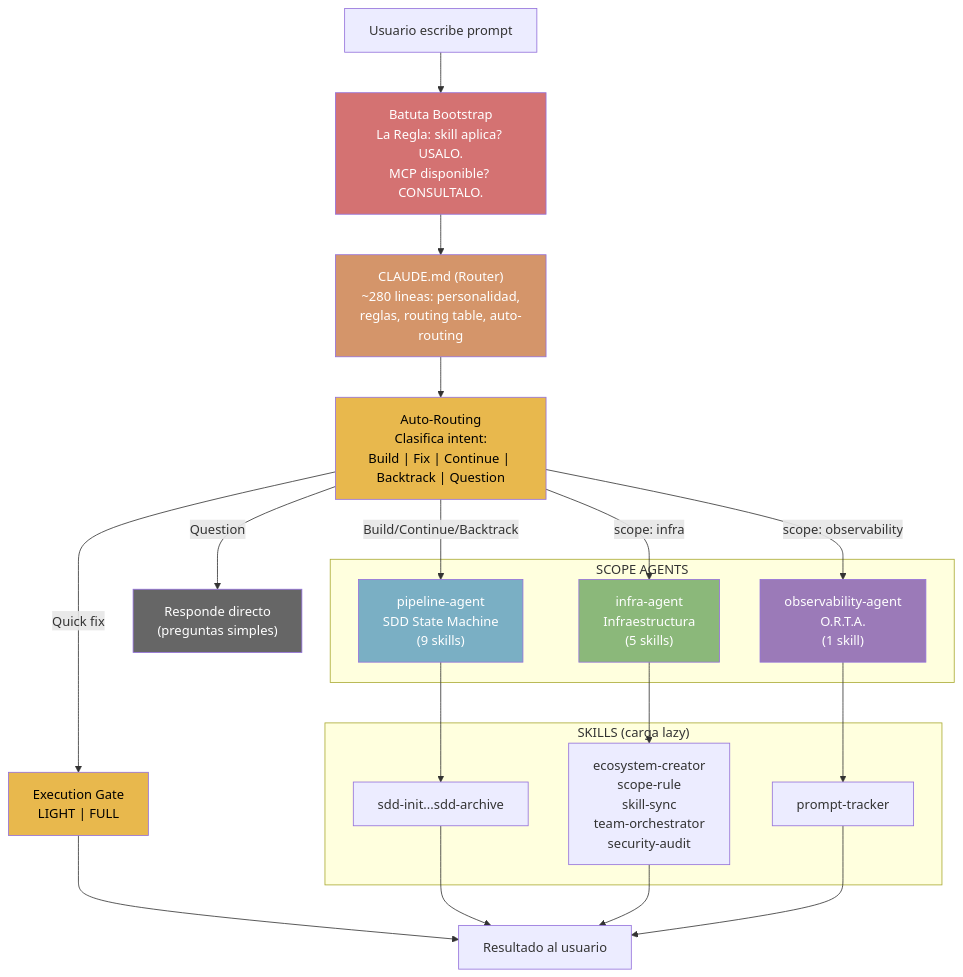
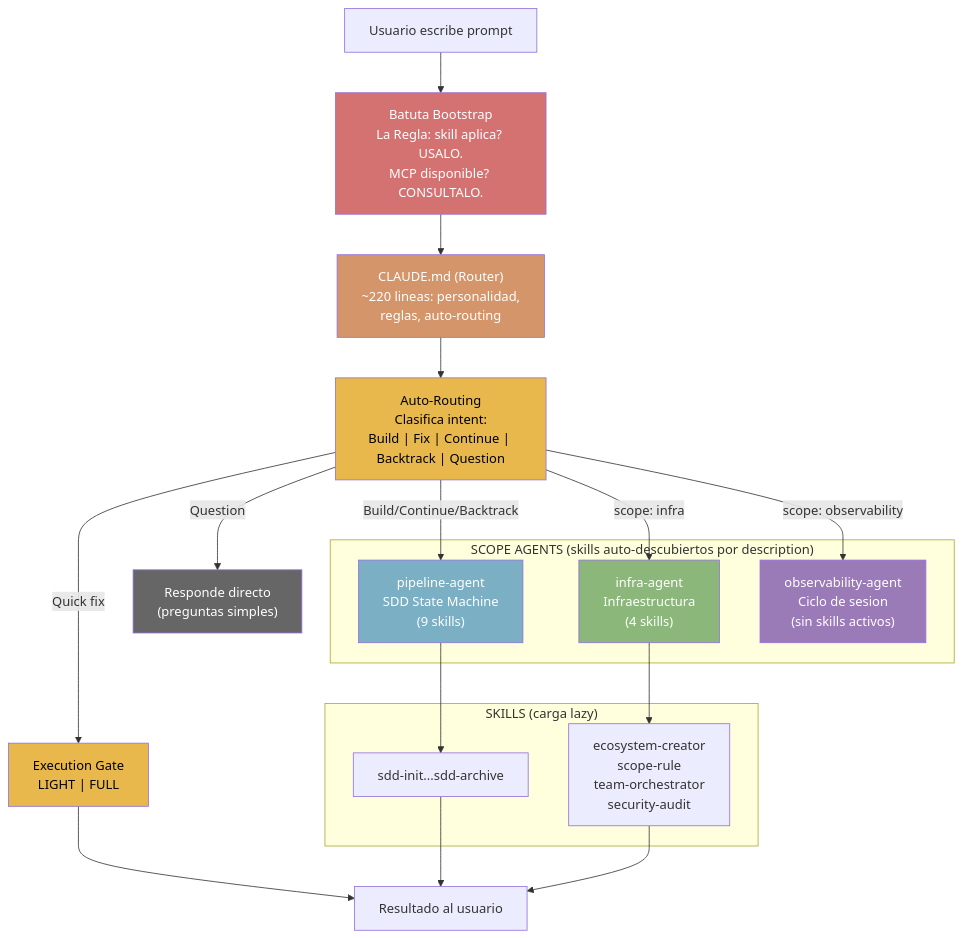
Before and after one commit to jota-batuta/batuta-dots: the second of 23 diagrams in docs/architecture/arquitectura-diagrama.md, drawn with Mermaid. The commit also changed other lines of this file and 69 other files, not shown here.

First line of the commit message:
refactor: eliminate ecosystem overhead — prompt-tracker, skill-sync, dead hooks (v11.1)

````diff
--- a/docs/architecture/arquitectura-diagrama.md
+++ b/docs/architecture/arquitectura-diagrama.md
@@ -62,45 +56,42 @@
 ```mermaid
 flowchart TD
     USER["Usuario escribe prompt"]
     BOOTSTRAP["Batuta Bootstrap<br/>La Regla: skill aplica? USALO.<br/>MCP disponible? CONSULTALO."]
     AUTOROUTE["Auto-Routing<br/>Clasifica intent:<br/>Build | Fix | Continue | Backtrack | Question"]
-    ROUTER["CLAUDE.md (Router)<br/>~280 lineas: personalidad,<br/>reglas, routing table, auto-routing"]
+    ROUTER["CLAUDE.md (Router)<br/>~220 lineas: personalidad,<br/>reglas, auto-routing"]
 
-    subgraph AGENTS["SCOPE AGENTS"]
+    subgraph AGENTS["SCOPE AGENTS (skills auto-descubiertos por description)"]
         PIPELINE["pipeline-agent<br/>SDD State Machine<br/>(9 skills)"]
-        INFRA["infra-agent<br/>Infraestructura<br/>(5 skills)"]
-        OBS["observability-agent<br/>O.R.T.A.<br/>(1 skill)"]
+        INFRA["infra-agent<br/>Infraestructura<br/>(4 skills)"]
+        OBS["observability-agent<br/>Ciclo de sesion<br/>(sin skills activos)"]
     end
 
     subgraph SKILLS["SKILLS (carga lazy)"]
         SDD["sdd-init...sdd-archive"]
-        ECO["ecosystem-creator<br/>scope-rule<br/>skill-sync<br/>team-orchestrator<br/>security-audit"]
-        PROMPT["prompt-tracker"]
+        ECO["ecosystem-creator<br/>scope-rule<br/>team-orchestrator<br/>security-audit"]
     end
 
     RESULT["Resultado al usuario"]
     DIRECT["Responde directo<br/>(preguntas simples)"]
     GATE["Execution Gate<br/>LIGHT | FULL"]
 
     USER --> BOOTSTRAP --> ROUTER --> AUTOROUTE
     AUTOROUTE -->|"Build/Continue/Backtrack"| PIPELINE
     AUTOROUTE -->|"scope: infra"| INFRA
     AUTOROUTE -->|"scope: observability"| OBS
     AUTOROUTE -->|"Question"| DIRECT
     AUTOROUTE -->|"Quick fix"| GATE --> RESULT
     PIPELINE --> SDD
     INFRA --> ECO
-    OBS --> PROMPT
     SDD --> RESULT
     ECO --> RESULT
-    PROMPT --> RESULT
 
     style ROUTER fill:#D4956A,color:#fff
     style BOOTSTRAP fill:#D47272,color:#fff
     style AUTOROUTE fill:#E8B84D,color:#000
     style PIPELINE fill:#7AAFC4,color:#fff
     style INFRA fill:#8BB87A,color:#fff
     style OBS fill:#9B7AB8,color:#fff
     style DIRECT fill:#666,color:#fff
     style GATE fill:#E8B84D,color:#000
 ```
````
